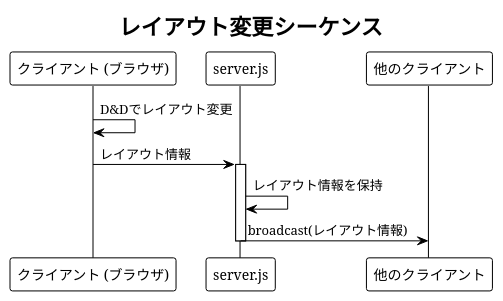
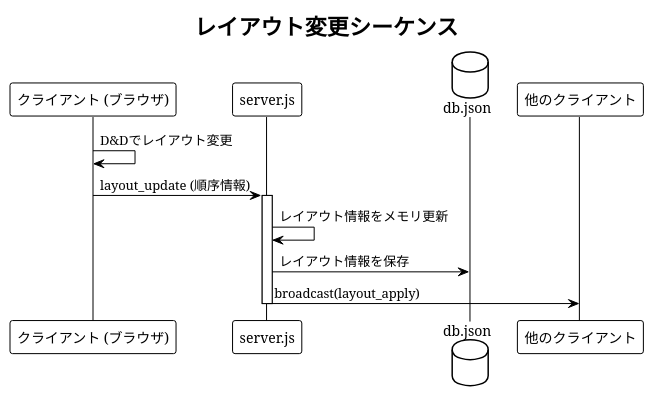
One commit to d11j/ed-dashboard changed the third of 3 diagrams in DESIGN.md. Above: the diagram before and after it, drawn with PlantUML. The commit also changed other lines of this file and 13 other files, not shown here.

First line of the commit message:
Feature/persistent stat and chart (#37)

````diff
--- a/DESIGN.md
+++ b/DESIGN.md
@@ -113,17 +121,19 @@
 ```plantuml
 @startuml
 !theme plain
 title レイアウト変更シーケンス
 
 participant "クライアント (ブラウザ)" as Client
 participant "server.js" as Server
+database "db.json" as DB
 participant "他のクライアント" as OtherClient
 
 Client -> Client: D&Dでレイアウト変更
-Client -> Server: レイアウト情報
+Client -> Server: layout_update (順序情報)
 activate Server
-Server -> Server: レイアウト情報を保持
-Server -> OtherClient: broadcast(レイアウト情報)
+Server -> Server: レイアウト情報をメモリ更新
+Server -> DB: レイアウト情報を保存
+Server -> OtherClient: broadcast(layout_apply)
 deactivate Server
 @enduml
 ```
````
